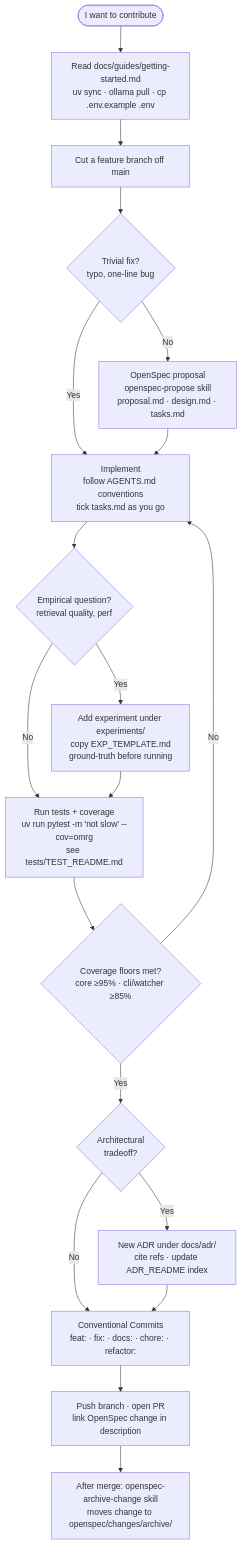
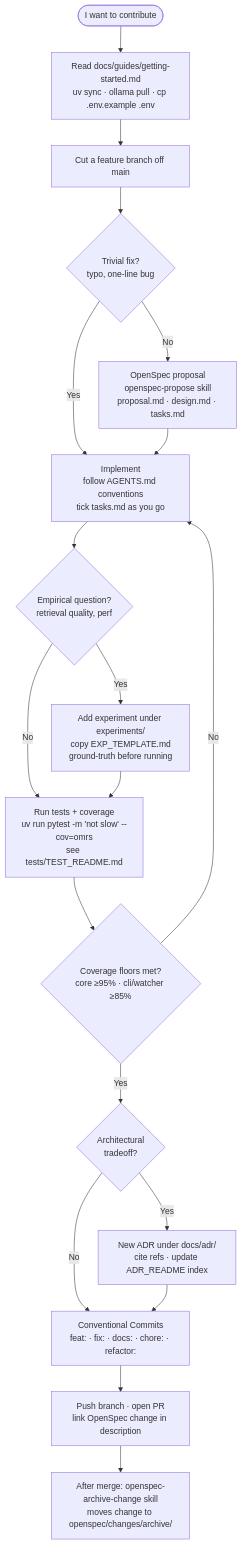
The diagram in CONTRIBUTING.md (cmdaltctr/llamaindex-rag-mcp), drawn with Mermaid before and after one commit. The commit also changed other lines of this file and 1268 other files, not shown here.

First line of the commit message:
feat!: rename OMRG to OMRS in code, web and guides

````diff
--- a/CONTRIBUTING.md
+++ b/CONTRIBUTING.md
@@ -23,21 +23,21 @@
 ```mermaid
 flowchart TD
     Start([I want to contribute]) --> Setup[Read docs/guides/getting-started.md<br/>uv sync · ollama pull · cp .env.example .env]
     Setup --> Branch[Cut a feature branch off main]
     Branch --> Trivial{Trivial fix?<br/>typo, one-line bug}
     Trivial -->|Yes| Implement
     Trivial -->|No| Propose[OpenSpec proposal<br/>openspec-propose skill<br/>proposal.md · design.md · tasks.md]
     Propose --> Implement[Implement<br/>follow AGENTS.md conventions<br/>tick tasks.md as you go]
     Implement --> Experiment{Empirical question?<br/>retrieval quality, perf}
     Experiment -->|Yes| RunExperiment[Add experiment under experiments/<br/>copy EXP_TEMPLATE.md<br/>ground-truth before running]
     Experiment -->|No| Test
-    RunExperiment --> Test[Run tests + coverage<br/>uv run pytest -m 'not slow' --cov=omrg<br/>see tests/TEST_README.md]
+    RunExperiment --> Test[Run tests + coverage<br/>uv run pytest -m 'not slow' --cov=omrs<br/>see tests/TEST_README.md]
     Test --> Pass{Coverage floors met?<br/>core ≥95% · cli/watcher ≥85%}
     Pass -->|No| Implement
     Pass -->|Yes| Architectural{Architectural<br/>tradeoff?}
     Architectural -->|Yes| ADR[New ADR under docs/adr/<br/>cite refs · update ADR_README index]
     Architectural -->|No| Commit
     ADR --> Commit[Conventional Commits<br/>feat: · fix: · docs: · chore: · refactor:]
     Commit --> PR[Push branch · open PR<br/>link OpenSpec change in description]
     PR --> Archive[After merge: openspec-archive-change skill<br/>moves change to openspec/changes/archive/]
 ```
````
